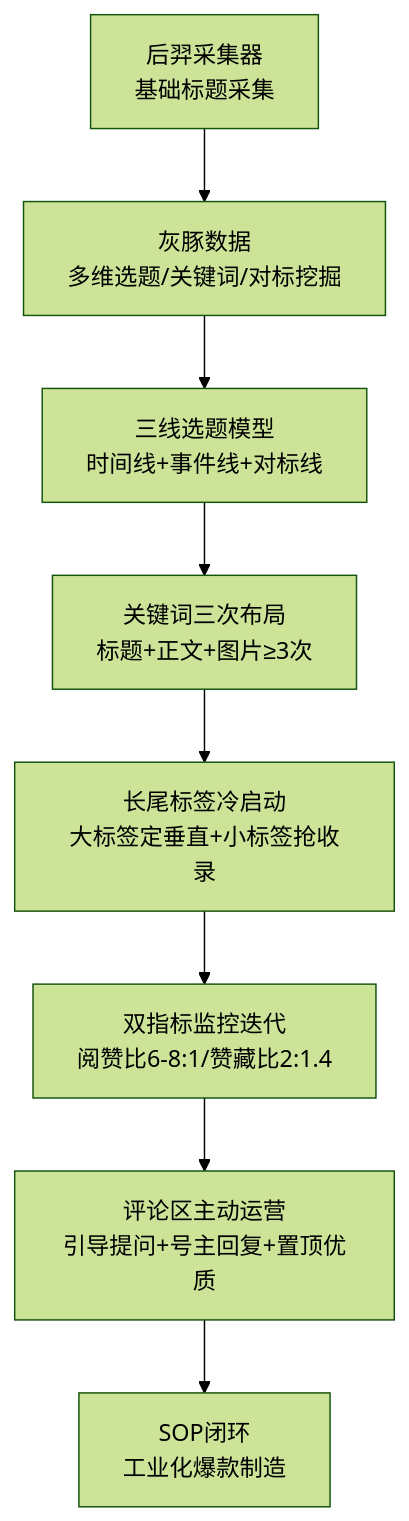
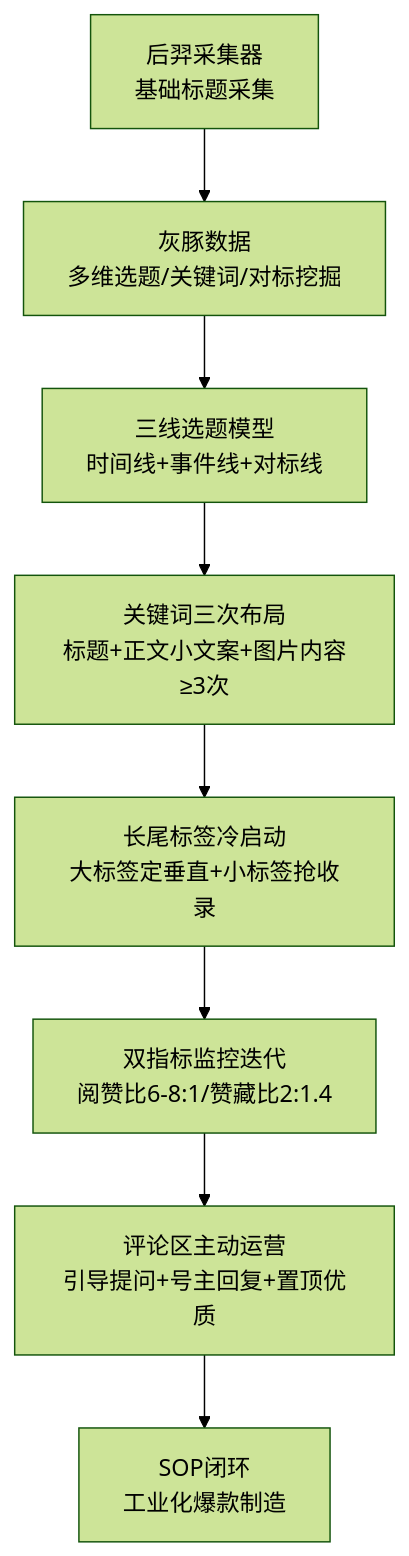
Before and after one commit to OpenDocCN1/flygon-zhuanqian-zhoubao: the ninth of 10 diagrams in docs/202303_paper2textbook/chapter_033.md, drawn with Mermaid (forest theme). The commit also changed other lines of this file and 2 other files, not shown here.

````diff
--- a/docs/202303_paper2textbook/chapter_033.md
+++ b/docs/202303_paper2textbook/chapter_033.md
@@ -666,10 +667,10 @@
 ```mermaid
 graph TD
     A[后羿采集器<br/>基础标题采集] --> B[灰豚数据<br/>多维选题/关键词/对标挖掘]
     B --> C[三线选题模型<br/>时间线+事件线+对标线]
-    C --> D[关键词三次布局<br/>标题+正文+图片≥3次]
+    C --> D[关键词三次布局<br/>标题+正文小文案+图片内容≥3次]
     D --> E[长尾标签冷启动<br/>大标签定垂直+小标签抢收录]
     E --> F[双指标监控迭代<br/>阅赞比6-8:1/赞藏比2:1.4]
     F --> G[评论区主动运营<br/>引导提问+号主回复+置顶优质]
     G --> H[SOP闭环<br/>工业化爆款制造]
 ```
````
